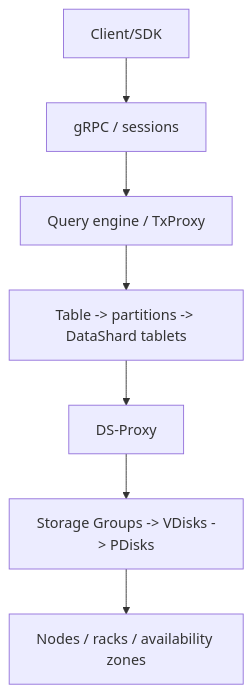
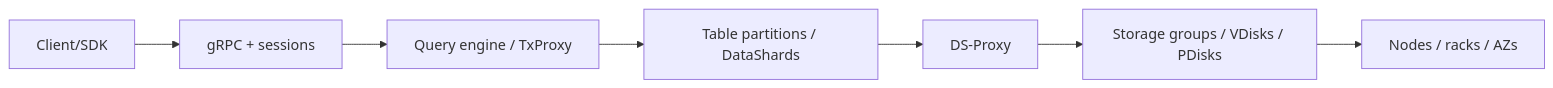
The first of 3 diagrams in ydb/docs/ru/core/devops/ydb-admin-distributed-system-presentation.md (zinal/ydb), drawn with Mermaid before and after one commit. The commit also changed other lines of this file, not shown here.

Commit message:
docs: compact mermaid diagrams for slides

````diff
--- a/ydb/docs/ru/core/devops/ydb-admin-distributed-system-presentation.md
+++ b/ydb/docs/ru/core/devops/ydb-admin-distributed-system-presentation.md
@@ -88,9 +88,9 @@
 ```mermaid
-flowchart TB
-    client["Client/SDK"] --> grpc["gRPC / sessions"]
+flowchart LR
+    client["Client/SDK"] --> grpc["gRPC + sessions"]
     grpc --> query["Query engine / TxProxy"]
-    query --> table["Table -> partitions -> DataShard tablets"]
-    table --> dsproxy["DS-Proxy"]
-    dsproxy --> storage["Storage Groups -> VDisks -> PDisks"]
-    storage --> infra["Nodes / racks / availability zones"]
+    query --> shards["Table partitions / DataShards"]
+    shards --> dsproxy["DS-Proxy"]
+    dsproxy --> storage["Storage groups / VDisks / PDisks"]
+    storage --> infra["Nodes / racks / AZs"]
 ```
````
